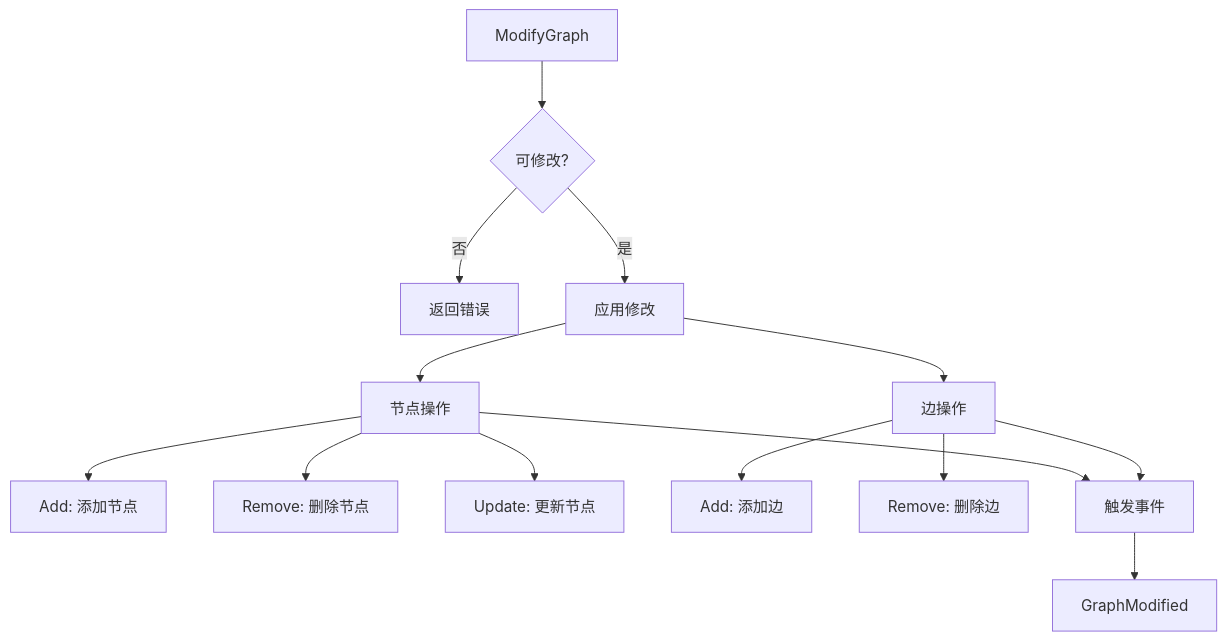
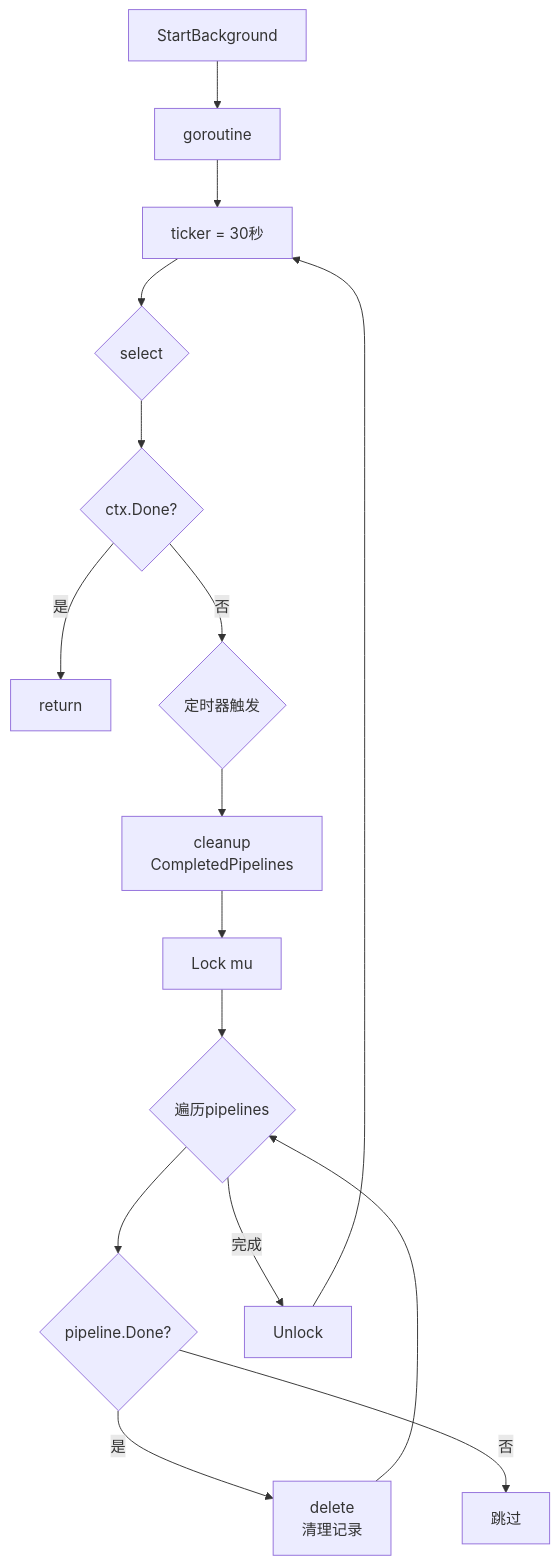
Diagram 11 of 12 in FLOWS.md (LerkoX/flowx), drawn with Mermaid before and after one commit. The commit also changed other lines of this file and 6 other files, not shown here.

First line of the commit message:
docs: enhance module flow diagrams with detailed implementation flows

````diff
--- a/FLOWS.md
+++ b/FLOWS.md
@@ -98,19 +284,19 @@
 ```mermaid
 flowchart TD
-    A[ModifyGraph] --> B{可修改?}
-    B -->|否| C[返回错误]
-    B -->|是| D[应用修改]
+    A[StartBackground] --> B[goroutine]
+    B --> C[ticker = 30秒]
+    C --> D{select}
+    D --> E{ctx.Done?}
+    E -->|是| Z[return]
+    E -->|否| F{定时器触发}
+    F --> G[cleanup<br/>CompletedPipelines]
 
-    D --> E[节点操作]
-    E --> F[Add: 添加节点]
-    E --> G[Remove: 删除节点]
-    E --> H[Update: 更新节点]
-
-    D --> I[边操作]
-    I --> J[Add: 添加边]
-    I --> K[Remove: 删除边]
-
-    E --> L[触发事件]
-    I --> L
-    L --> M[GraphModified]
+    G --> H[Lock mu]
+    H --> I{遍历pipelines}
+    I --> J{pipeline.Done?}
+    J -->|是| K[delete<br/>清理记录]
+    J -->|否| L[跳过]
+    K --> I
+    I -->|完成| M[Unlock]
+    M --> C
 ```
````
